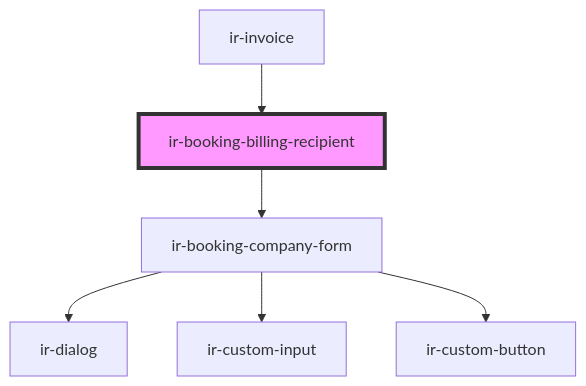
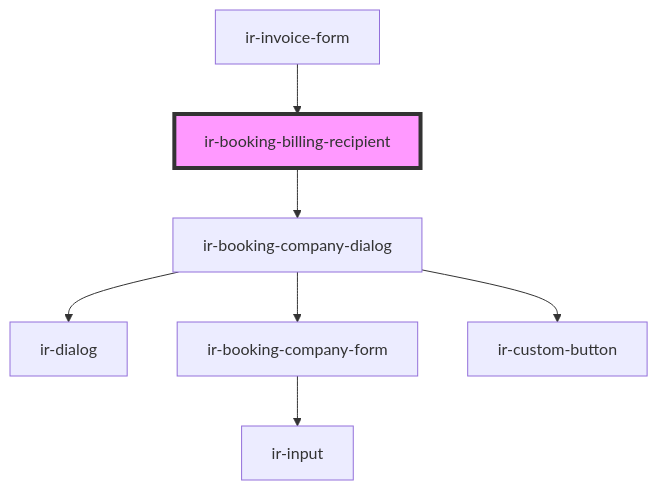
The diagram in src/components/ir-booking-billing-recipient/readme.md (RonyRizk/ir-webcmp), drawn with Mermaid before and after one commit. The commit also changed other lines of this file and 433 other files, not shown here.

````diff
--- a/src/components/ir-booking-billing-recipient/readme.md
+++ b/src/components/ir-booking-billing-recipient/readme.md
@@ -33,9 +33,10 @@
 ```mermaid
 graph TD;
-  ir-booking-billing-recipient --> ir-booking-company-form
-  ir-booking-company-form --> ir-dialog
-  ir-booking-company-form --> ir-custom-input
-  ir-booking-company-form --> ir-custom-button
-  ir-invoice --> ir-booking-billing-recipient
+  ir-booking-billing-recipient --> ir-booking-company-dialog
+  ir-booking-company-dialog --> ir-dialog
+  ir-booking-company-dialog --> ir-booking-company-form
+  ir-booking-company-dialog --> ir-custom-button
+  ir-booking-company-form --> ir-input
+  ir-invoice-form --> ir-booking-billing-recipient
   style ir-booking-billing-recipient fill:#f9f,stroke:#333,stroke-width:4px
 ```
````
